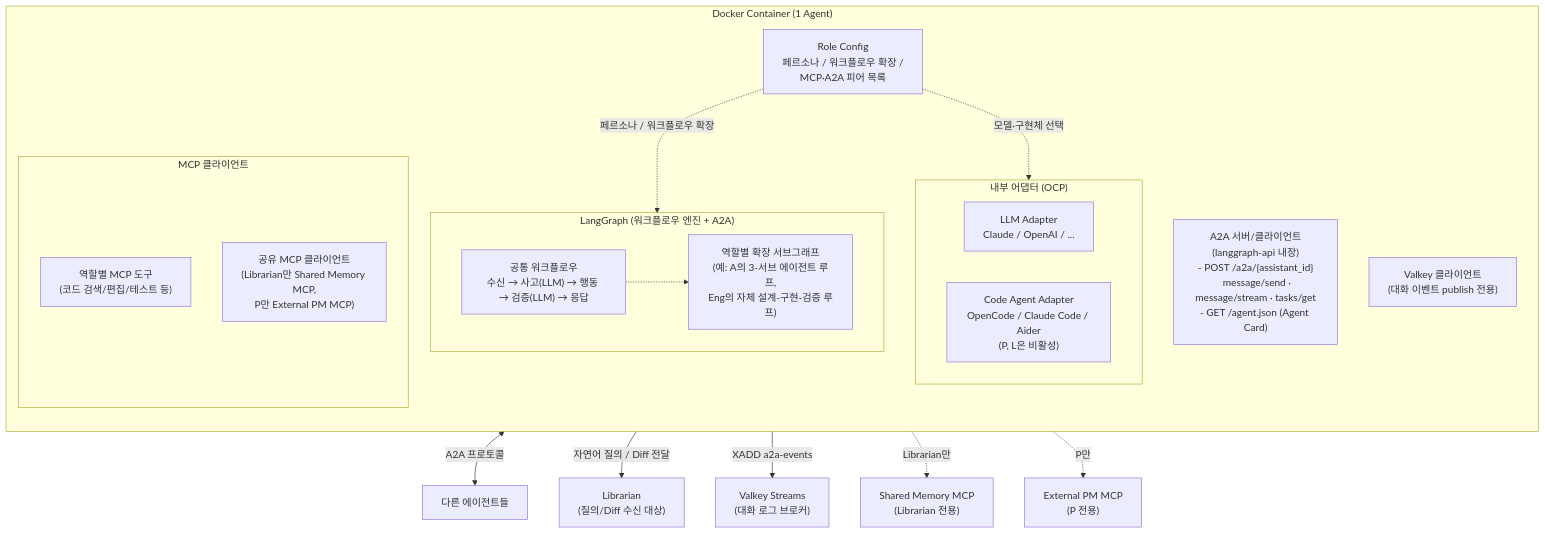
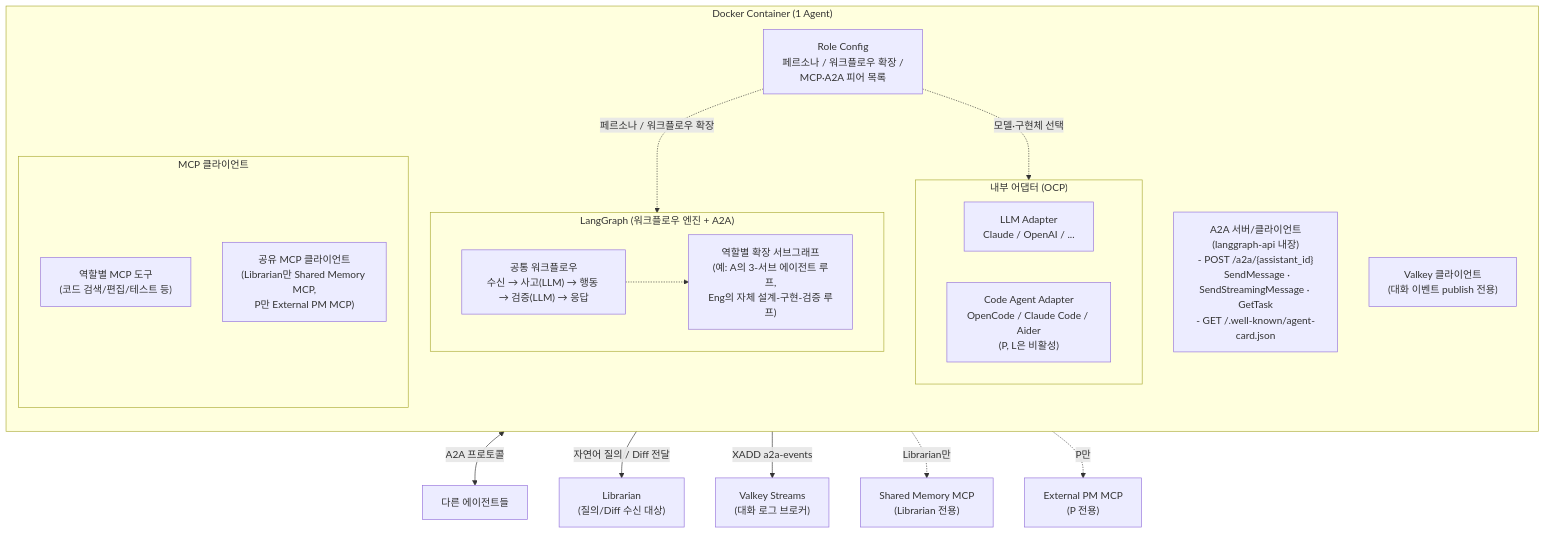
The second of 13 diagrams in docs/proposal.md (vonkernel/dev-team), drawn with Mermaid before and after one commit. The commit also changed other lines of this file, not shown here.

````diff
--- a/docs/proposal.md
+++ b/docs/proposal.md
@@ -166,43 +167,43 @@
 ```mermaid
 graph TD
     subgraph Container["Docker Container (1 Agent)"]
         direction TB
         RoleConfig["Role Config<br/>페르소나 / 워크플로우 확장 /<br/>MCP·A2A 피어 목록"]
 
         subgraph LG["LangGraph (워크플로우 엔진 + A2A)"]
             Base["공통 워크플로우<br/>수신 → 사고(LLM) → 행동 → 검증(LLM) → 응답"]
             Ext["역할별 확장 서브그래프<br/>(예: A의 3-서브 에이전트 루프,<br/>Eng의 자체 설계-구현-검증 루프)"]
             Base -.-> Ext
         end
 
         subgraph Adapters["내부 어댑터 (OCP)"]
             LLMAdapter["LLM Adapter<br/>Claude / OpenAI / ..."]
             CodeAdapter["Code Agent Adapter<br/>OpenCode / Claude Code / Aider<br/>(P, L은 비활성)"]
         end
 
         subgraph LocalMCP["MCP 클라이언트"]
             RoleMCP["역할별 MCP 도구<br/>(코드 검색/편집/테스트 등)"]
             SharedMcpClient["공유 MCP 클라이언트<br/>(Librarian만 Shared Memory MCP,<br/>P만 External PM MCP)"]
         end
 
-        A2A["A2A 서버/클라이언트<br/>(langgraph-api 내장)<br/>- POST /a2a/{assistant_id}<br/>&nbsp;&nbsp;message/send · message/stream · tasks/get<br/>- GET /agent.json (Agent Card)"]
+        A2A["A2A 서버/클라이언트<br/>(langgraph-api 내장)<br/>- POST /a2a/{assistant_id}<br/>&nbsp;&nbsp;SendMessage · SendStreamingMessage · GetTask<br/>- GET /.well-known/agent-card.json"]
         BrokerClient["Valkey 클라이언트<br/>(대화 이벤트 publish 전용)"]
     end
 
     Peers["다른 에이전트들"]
     Librarian["Librarian<br/>(질의/Diff 수신 대상)"]
     Broker["Valkey Streams<br/>(대화 로그 브로커)"]
     SharedMemMCP["Shared Memory MCP<br/>(Librarian 전용)"]
     ExtPmMCP["External PM MCP<br/>(P 전용)"]
 
     RoleConfig -.페르소나 / 워크플로우 확장.-> LG
     RoleConfig -.모델·구현체 선택.-> Adapters
     %% LocalMCP, A2A는 RoleConfig의 목록을 읽어 초기화 (자명하므로 엣지 생략)
     %% BrokerClient는 RoleConfig와 무관 — 환경변수로 Valkey 설정 주입
 
     A2A <-->|A2A 프로토콜| Peers
     A2A -->|자연어 질의 / Diff 전달| Librarian
     BrokerClient -->|XADD a2a-events| Broker
     SharedMcpClient -.Librarian만.-> SharedMemMCP
     SharedMcpClient -.P만.-> ExtPmMCP
 ```
````
